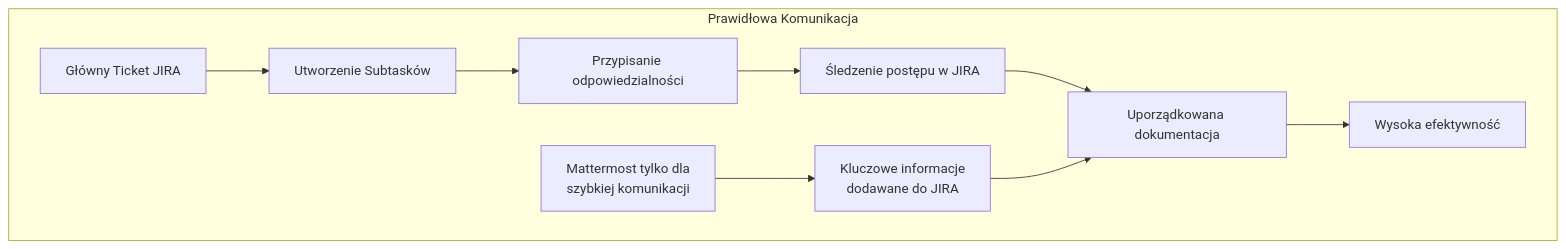
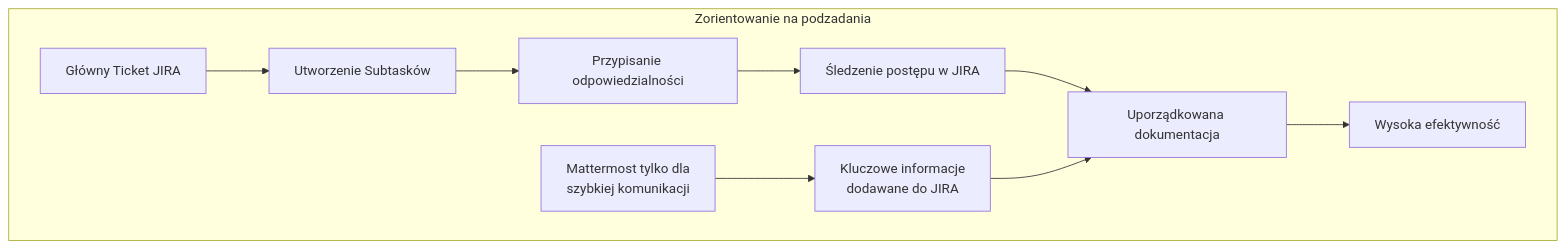
The second of 3 diagrams in README.md (tom-sapletta-com/komunikacja), drawn with Mermaid before and after one commit. The commit also changed other lines of this file, not shown here.

````diff
--- a/README.md
+++ b/README.md
@@ -20,14 +23,14 @@
 ```mermaid
 graph TB
-    subgraph Prawidłowa Komunikacja
+    subgraph Zorientowanie na podzadania
         H[Główny Ticket JIRA] --> I[Utworzenie Subtasków]
         I --> J[Przypisanie odpowiedzialności]
         J --> K[Śledzenie postępu w JIRA]
         K --> L[Uporządkowana dokumentacja]
         L --> M[Wysoka efektywność]
         
         N[Mattermost tylko dla\nszybkiej komunikacji] --> O[Kluczowe informacje\ndodawane do JIRA]
         O --> L
     end
 
 ```
````
